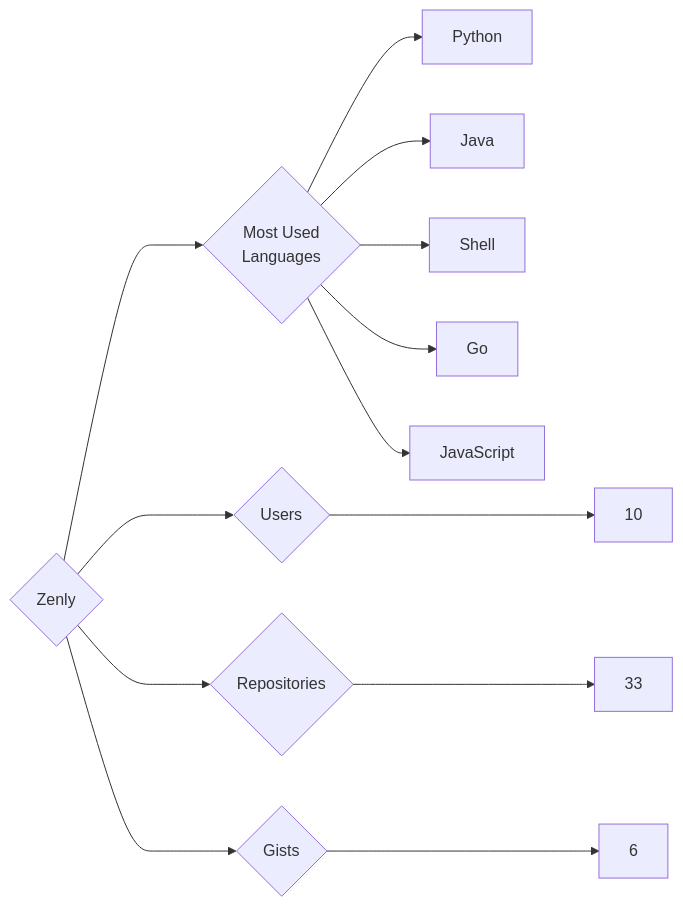
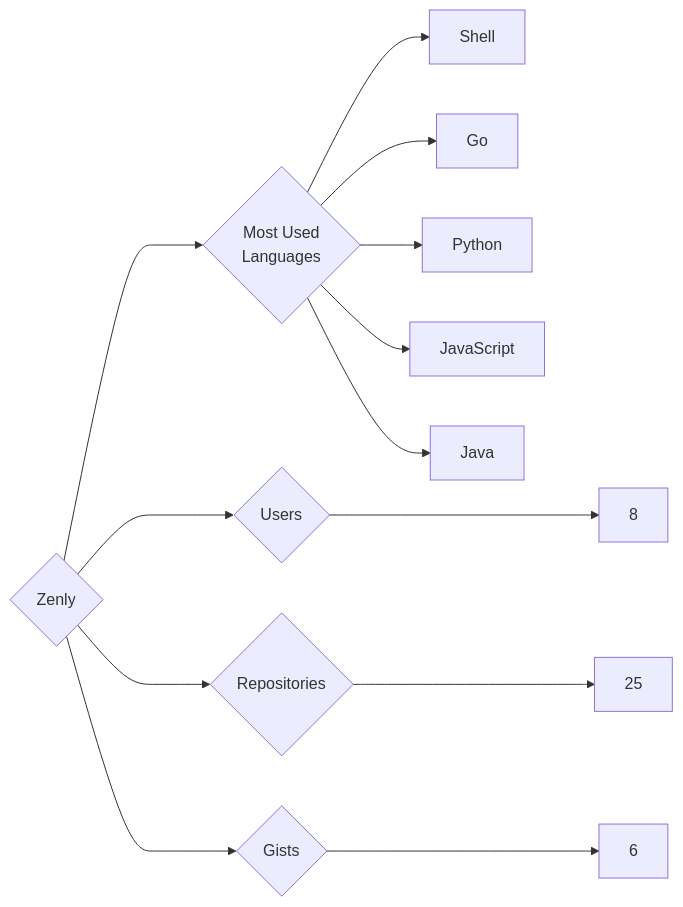
One commit to trickest/insiders changed the diagram in targets/Zenly/README.md. Above: the diagram before and after it, drawn with Mermaid. The commit also changed 912 other files, not shown here.

````diff
--- a/targets/Zenly/README.md
+++ b/targets/Zenly/README.md
@@ -3,13 +3,13 @@
 ```mermaid
 graph LR
 COMPANY_NAME{Zenly}
-COMPANY_NAME ---> U{Users} ---> UN[10]
-COMPANY_NAME ---> R{Repositories} ---> RN[33]
+COMPANY_NAME ---> U{Users} ---> UN[8]
+COMPANY_NAME ---> R{Repositories} ---> RN[25]
 COMPANY_NAME ---> G{Gists} ---> GN[6]
 COMPANY_NAME ---> ML{Most Used<br>Languages}
-ML --> Python[Python]
-ML --> Java[Java]
 ML --> Shell[Shell]
 ML --> Go[Go]
+ML --> Python[Python]
 ML --> JavaScript[JavaScript]
+ML --> Java[Java]
 ```
````
